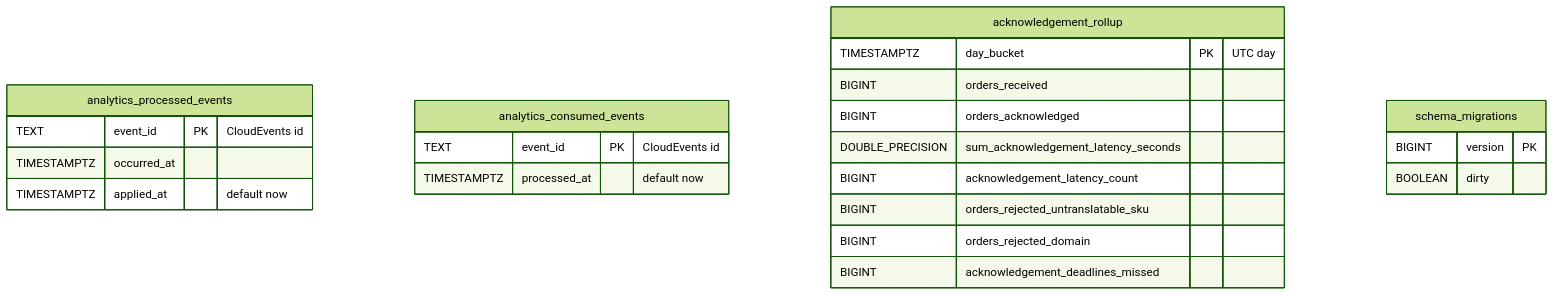
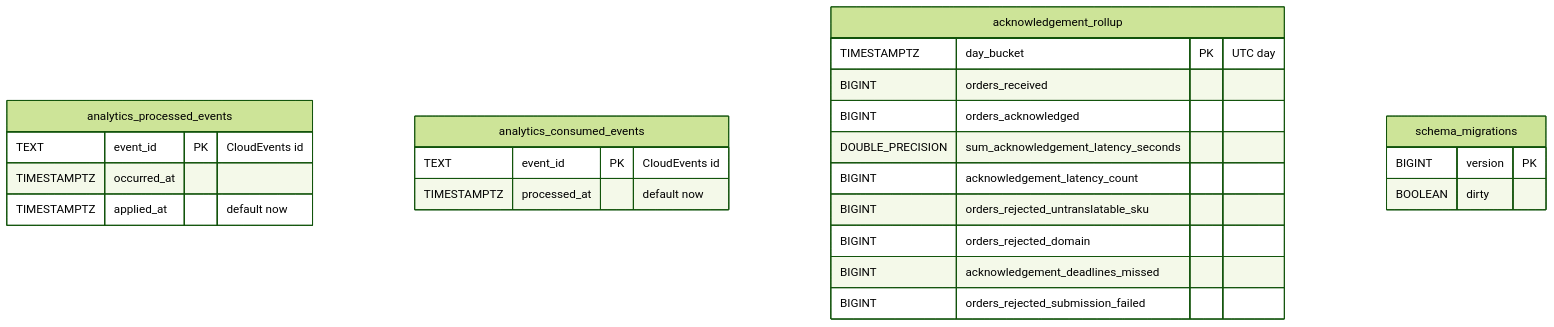
Before and after one commit to IQVO/warehouse-docs: the second of 2 diagrams in docs/contexts/network-fulfillment/entity-relationship.md, drawn with Mermaid (forest theme). The commit also changed other lines of this file and 107 other files, not shown here.

````diff
--- a/docs/contexts/network-fulfillment/entity-relationship.md
+++ b/docs/contexts/network-fulfillment/entity-relationship.md
@@ -105,26 +105,27 @@
 ```mermaid
 erDiagram
     analytics_processed_events {
         TEXT event_id PK "CloudEvents id"
         TIMESTAMPTZ occurred_at
         TIMESTAMPTZ applied_at "default now"
     }
     analytics_consumed_events {
         TEXT event_id PK "CloudEvents id"
         TIMESTAMPTZ processed_at "default now"
     }
     acknowledgement_rollup {
         TIMESTAMPTZ day_bucket PK "UTC day"
         BIGINT orders_received
         BIGINT orders_acknowledged
         DOUBLE_PRECISION sum_acknowledgement_latency_seconds
         BIGINT acknowledgement_latency_count
         BIGINT orders_rejected_untranslatable_sku
         BIGINT orders_rejected_domain
         BIGINT acknowledgement_deadlines_missed
+        BIGINT orders_rejected_submission_failed
     }
     schema_migrations {
         BIGINT version PK
         BOOLEAN dirty
     }
 ```
````
